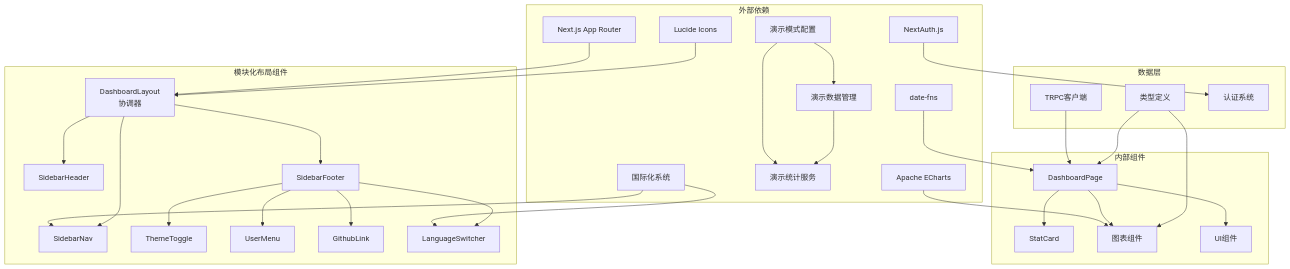
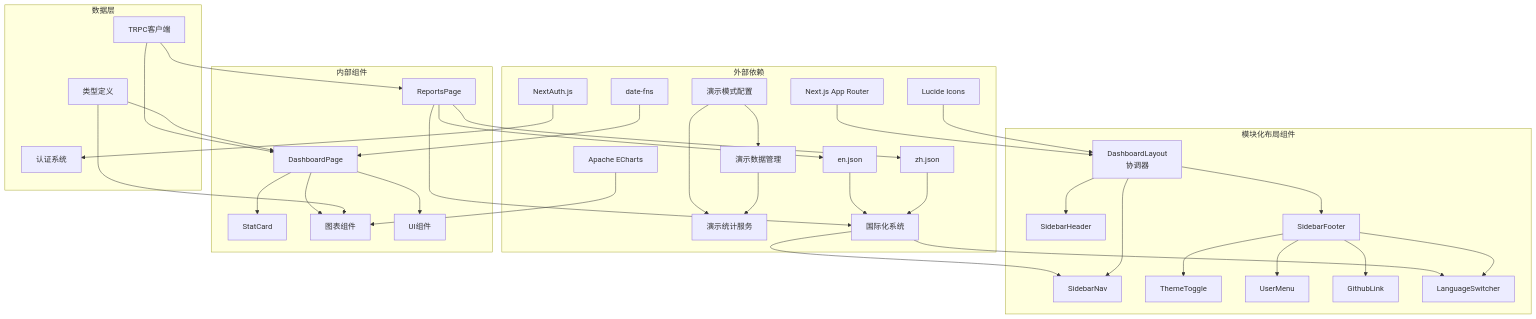
Before and after one commit to RadiumAg/AIGate: diagram 25 of 25 in .qoder/repowiki/zh/content/前端组件/仪表板布局.md, drawn with Mermaid. The commit also changed other lines of this file and 21 other files, not shown here.

````diff
--- a/.qoder/repowiki/zh/content/前端组件/仪表板布局.md
+++ b/.qoder/repowiki/zh/content/前端组件/仪表板布局.md
@@ -685,58 +938,67 @@
 ```mermaid
 graph TB
 subgraph "外部依赖"
 NextJS["Next.js App Router"]
 Lucide["Lucide Icons"]
 ECharts["Apache ECharts"]
 DateFns["date-fns"]
 NextAuth["NextAuth.js"]
 DemoConfig["演示模式配置"]
 DemoData["演示数据管理"]
 DemoStats["演示统计服务"]
 I18n["国际化系统"]
+EnMessages["en.json"]
+ZhMessages["zh.json"]
 end
 subgraph "模块化布局组件"
 DashboardLayout["DashboardLayout<br/>协调器"]
 SidebarHeader["SidebarHeader"]
 SidebarNav["SidebarNav"]
 SidebarFooter["SidebarFooter"]
 ThemeToggle["ThemeToggle"]
 UserMenu["UserMenu"]
 GithubLink["GithubLink"]
 LanguageSwitcher["LanguageSwitcher"]
 end
 subgraph "内部组件"
 DashboardPage["DashboardPage"]
+ReportsPage["ReportsPage"]
 StatCard["StatCard"]
 Charts["图表组件"]
 UIComponents["UI组件"]
 end
 subgraph "数据层"
 TRPC["TRPC客户端"]
 Types["类型定义"]
 Auth["认证系统"]
 end
 NextJS --> DashboardLayout
 Lucide --> DashboardLayout
 ECharts --> Charts
 DateFns --> DashboardPage
 NextAuth --> Auth
 I18n --> SidebarNav
 I18n --> LanguageSwitcher
+EnMessages --> I18n
+ZhMessages --> I18n
 DashboardLayout --> SidebarHeader
 DashboardLayout --> SidebarNav
 DashboardLayout --> SidebarFooter
 SidebarFooter --> ThemeToggle
 SidebarFooter --> UserMenu
 SidebarFooter --> GithubLink
 SidebarFooter --> LanguageSwitcher
 DashboardPage --> StatCard
 DashboardPage --> Charts
 DashboardPage --> UIComponents
+ReportsPage --> I18n
+ReportsPage --> EnMessages
+ReportsPage --> ZhMessages
 TRPC --> DashboardPage
+TRPC --> ReportsPage
 Types --> DashboardPage
 Types --> Charts
 DemoConfig --> DemoData
 DemoConfig --> DemoStats
 DemoData --> DemoStats
 ```
````
